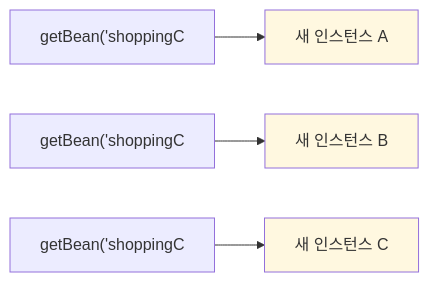
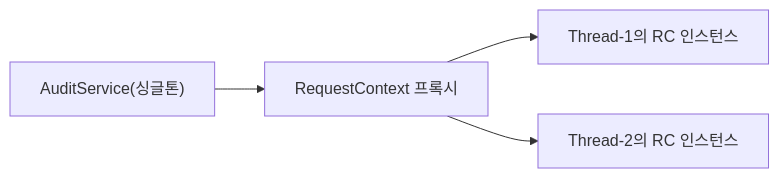
One commit to yjkim2015/yjkim2015.github.io changed the fifth of 6 diagrams in _posts/spring/2026-05-01-spring-ioc-di.md. Above: the diagram before and after it, drawn with Mermaid. The commit also changed other lines of this file and 4 other files, not shown here.

````diff
--- a/_posts/spring/2026-05-01-spring-ioc-di.md
+++ b/_posts/spring/2026-05-01-spring-ioc-di.md
@@ -219,9 +897,6 @@
 ```mermaid
 graph LR
-    A["getBean('shoppingC"] --> I1["새 인스턴스 A"]
-    B["getBean('shoppingC"] --> I2["새 인스턴스 B"]
-    C["getBean('shoppingC"] --> I3["새 인스턴스 C"]
-    style I1 fill:#fff8e0
-    style I2 fill:#fff8e0
-    style I3 fill:#fff8e0
+    A["AuditService(싱글톤)"] --> B["RequestContext 프록시"]
+    B --> C["Thread-1의 RC 인스턴스"]
+    B --> D["Thread-2의 RC 인스턴스"]
 ```
````
